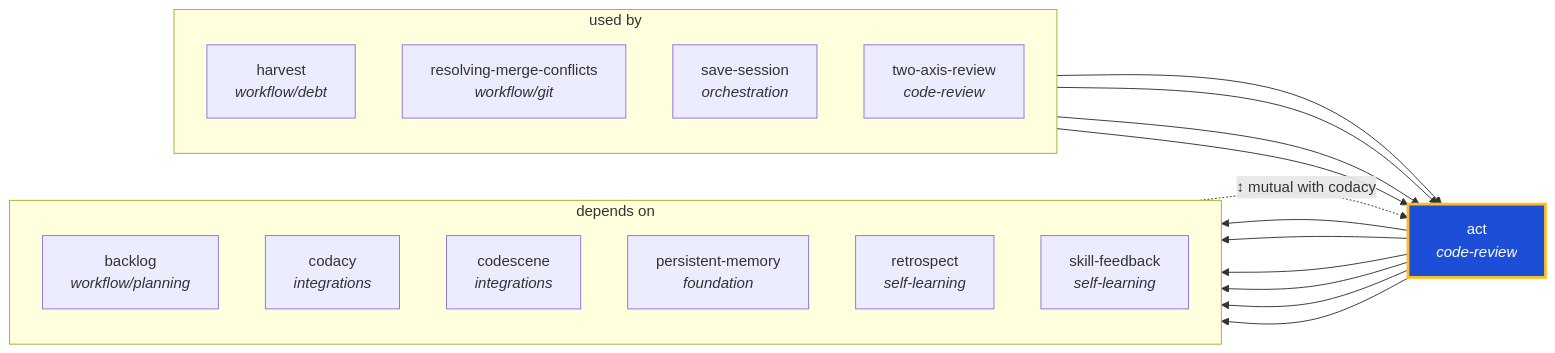
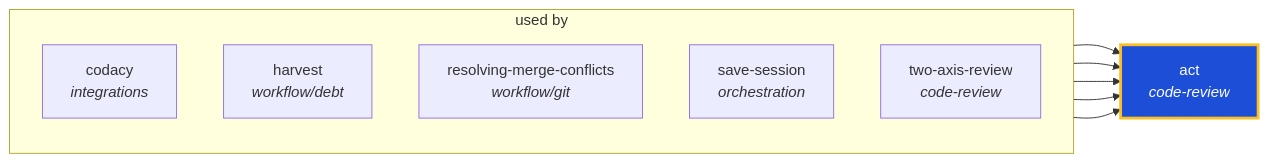
Before and after one commit to ThePlenkov/skills: the diagram in docs/graphs/generated/act.md, drawn with Mermaid. The commit also changed other lines of this file and 40 other files, not shown here.

````diff
--- a/docs/graphs/generated/act.md
+++ b/docs/graphs/generated/act.md
@@ -22,35 +22,21 @@
 ```mermaid
 graph LR
   act["act<br/><i>code-review</i>"]
   classDef center fill:#1d4ed8,stroke:#fbbf24,stroke-width:3px,color:#fff
   class act center
 
   subgraph sg_used_by["used by"]
     direction TB
+    codacy["codacy<br/><i>integrations</i>"]
     harvest["harvest<br/><i>workflow/debt</i>"]
     resolving_merge_conflicts["resolving-merge-conflicts<br/><i>workflow/git</i>"]
     save_session["save-session<br/><i>orchestration</i>"]
     two_axis_review["two-axis-review<br/><i>code-review</i>"]
   end
+  codacy --> act
   harvest --> act
   resolving_merge_conflicts --> act
   save_session --> act
   two_axis_review --> act
 
-  subgraph sg_depends_on["depends on"]
-    direction TB
-    backlog["backlog<br/><i>workflow/planning</i>"]
-    codacy["codacy<br/><i>integrations</i>"]
-    codescene["codescene<br/><i>integrations</i>"]
-    persistent_memory["persistent-memory<br/><i>foundation</i>"]
-    retrospect["retrospect<br/><i>self-learning</i>"]
-    skill_feedback["skill-feedback<br/><i>self-learning</i>"]
-  end
-  act --> backlog
-  act --> codacy
-  act --> codescene
-  act --> persistent_memory
-  act --> retrospect
-  act --> skill_feedback
-  codacy -. "↕ mutual with codacy" .-> act
 ```
````
